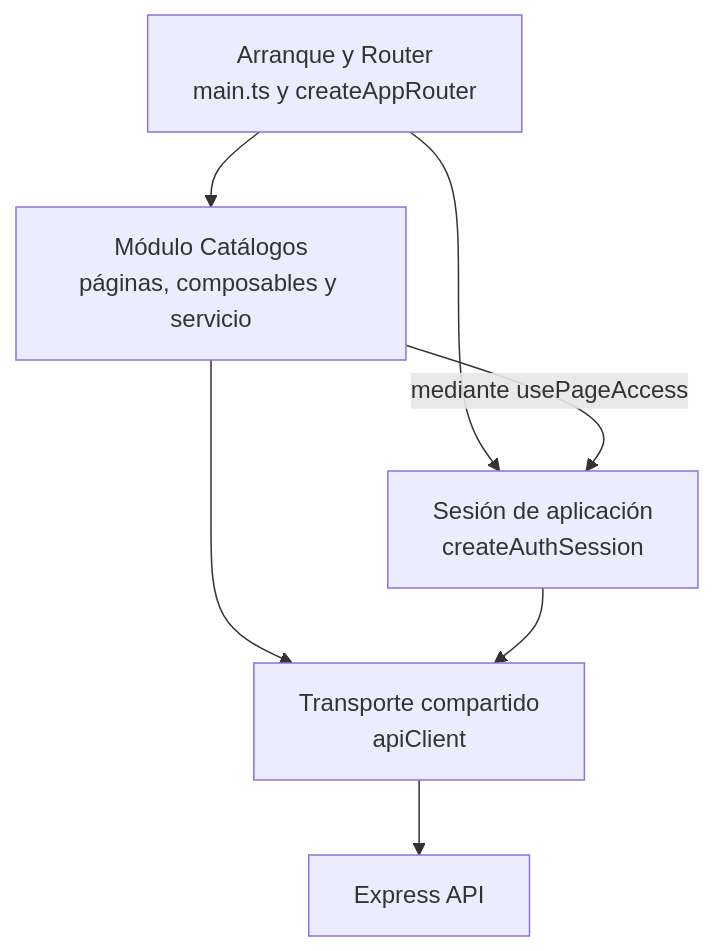
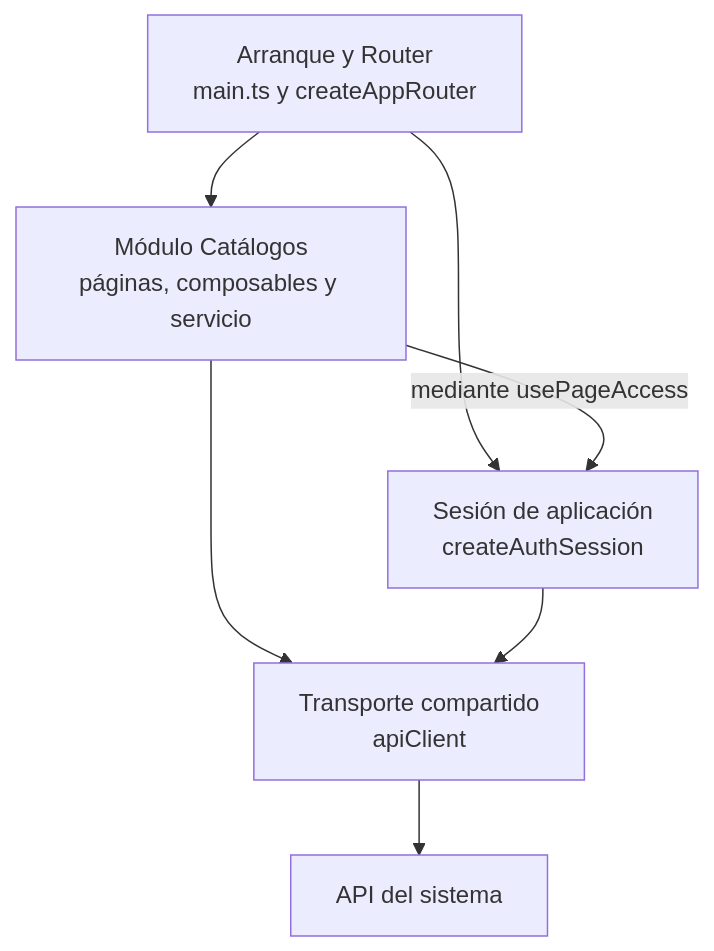
The second of 2 diagrams in front/docs/architecture/views/overview.md (gpgsistemas01/nexus), drawn with Mermaid before and after one commit. The commit also changed 37 other files, not shown here.

Commit message:
docs: depurar diagramas y conservar contratos propios del frontend

````diff
--- a/front/docs/architecture/views/overview.md
+++ b/front/docs/architecture/views/overview.md
@@ -50,9 +50,9 @@
 ```mermaid
 flowchart TB
     router["Arranque y Router<br/>main.ts y createAppRouter"] --> catalog["Módulo Catálogos<br/>páginas, composables y servicio"]
     router --> session["Sesión de aplicación<br/>createAuthSession"]
     catalog -->|mediante usePageAccess| session
     catalog --> http["Transporte compartido<br/>apiClient"]
     session --> http
-    http --> api["Express API"]
+    http --> api["API del sistema"]
 ```
````
